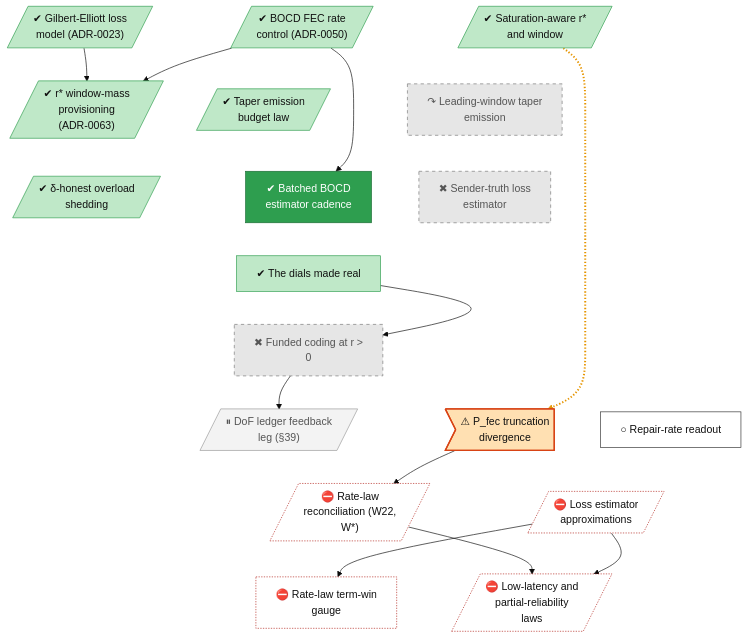
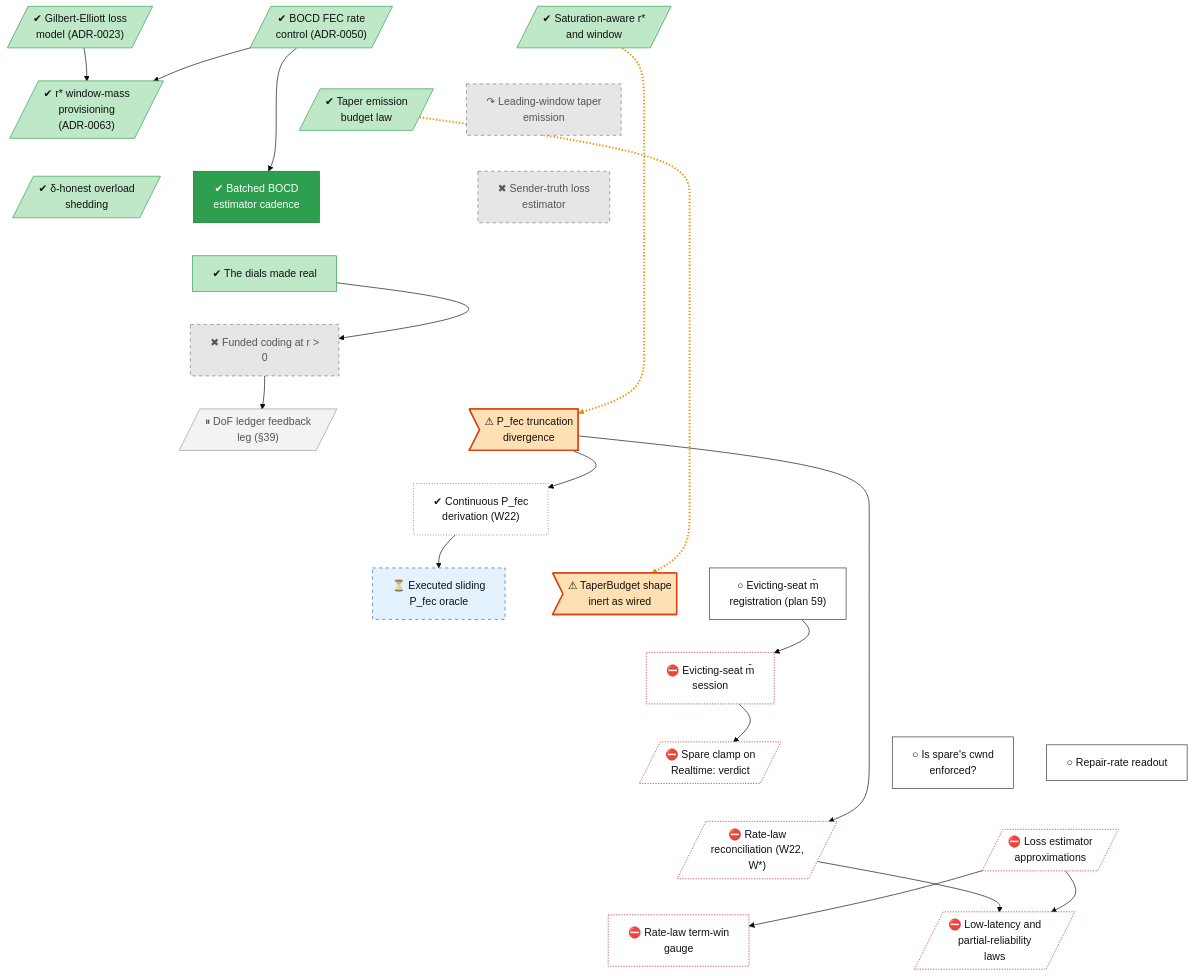
Before and after one commit to lhns/raptorpath: the diagram in docs/roadmap/tracks/rate.md, drawn with Mermaid (base theme). The commit also changed other lines of this file and 14 other files, not shown here.

First line of the commit message:
roadmap: §58-§60 up to date; family nodes split per experiment

````diff
--- a/docs/roadmap/tracks/rate.md
+++ b/docs/roadmap/tracks/rate.md
@@ -22,6 +22,13 @@
     rate_r_battery["✖ Funded coding at r #gt;<br/>0"]
     rate_dof_ledger[/"⏸ DoF ledger feedback<br/>leg (#167;39)"/]
     rate_defect_pfec>"⚠ P_fec truncation<br/>divergence"]
+    rate_pfec_continuous["✔ Continuous P_fec<br/>derivation (W22)"]
+    rate_pfec_oracle["⏳ Executed sliding<br/>P_fec oracle"]
+    rate_defect_taper_inert>"⚠ TaperBudget shape<br/>inert as wired"]
+    rate_evict_registration["○ Evicting-seat m̄<br/>registration (plan 59)"]
+    rate_evict_session["⛔ Evicting-seat m̄<br/>session"]
+    rate_spare_clamp_verdict[/"⛔ Spare clamp on<br/>Realtime: verdict"/]
+    rate_spare_cwnd["○ Is spare's cwnd<br/>enforced?"]
     rate_fix_rate_readout["○ Repair-rate readout"]
     rate_law_reconcile[/"⛔ Rate-law<br/>reconciliation (W22,<br/>W*)"/]
     rate_fix_estimators[/"⛔ Loss estimator<br/>approximations"/]
@@ -39,23 +46,38 @@
     rate_dials_made_real ~~~ rate_r_battery
     rate_r_battery ~~~ rate_dof_ledger
     rate_r_battery ~~~ rate_defect_pfec
-    rate_r_battery ~~~ rate_fix_rate_readout
-    rate_dof_ledger ~~~ rate_law_reconcile
-    rate_defect_pfec ~~~ rate_fix_estimators
+    rate_dof_ledger ~~~ rate_pfec_continuous
+    rate_defect_pfec ~~~ rate_pfec_continuous
+    rate_pfec_continuous ~~~ rate_pfec_oracle
+    rate_pfec_continuous ~~~ rate_defect_taper_inert
+    rate_pfec_continuous ~~~ rate_evict_registration
+    rate_pfec_oracle ~~~ rate_evict_session
+    rate_defect_taper_inert ~~~ rate_evict_session
+    rate_evict_registration ~~~ rate_evict_session
+    rate_evict_session ~~~ rate_spare_clamp_verdict
+    rate_evict_session ~~~ rate_spare_cwnd
+    rate_evict_session ~~~ rate_fix_rate_readout
+    rate_spare_clamp_verdict ~~~ rate_law_reconcile
+    rate_spare_cwnd ~~~ rate_fix_estimators
     rate_fix_rate_readout ~~~ rate_fix_estimators
     rate_law_reconcile ~~~ rate_fix_term_gauge
     rate_fix_estimators ~~~ rate_fix_rho_realtime
     rate_saturation_rstar -.-> rate_defect_pfec
     rate_ge_hmm --> rate_rstar_window_mass
     rate_fec_rate_v1 --> rate_rstar_window_mass
+    rate_taper_r -.-> rate_defect_taper_inert
     rate_fec_rate_v1 --> rate_est_cadence
     rate_dials_made_real --> rate_r_battery
     rate_r_battery --> rate_dof_ledger
+    rate_defect_pfec --> rate_pfec_continuous
+    rate_pfec_continuous --> rate_pfec_oracle
+    rate_evict_registration --> rate_evict_session
+    rate_evict_session --> rate_spare_clamp_verdict
     rate_defect_pfec --> rate_law_reconcile
     rate_fix_estimators --> rate_fix_term_gauge
     rate_law_reconcile --> rate_fix_rho_realtime
     rate_fix_estimators --> rate_fix_rho_realtime
-    linkStyle 18 stroke:#e69500,stroke-width:3px,stroke-dasharray:2 3
+    linkStyle 28,31 stroke:#e69500,stroke-width:3px,stroke-dasharray:2 3
     classDef vsucc fill:#2e9e4f,stroke:#1b6b34,color:#fff
     classDef succ fill:#bfe8c8,stroke:#2e9e4f,color:#111
     classDef mixed fill:#ffd37a,stroke:#c98a00,color:#111
@@ -73,7 +95,9 @@
     class rate_leading_taper,rate_sender_truth_loss,rate_r_battery dead
     class rate_est_cadence vsucc
     class rate_dof_ledger parked
-    class rate_defect_pfec defect
-    class rate_fix_rate_readout next
-    class rate_law_reconcile,rate_fix_estimators,rate_fix_term_gauge,rate_fix_rho_realtime blocked
+    class rate_defect_pfec,rate_defect_taper_inert defect
+    class rate_pfec_continuous unrated
+    class rate_pfec_oracle waiting
+    class rate_evict_registration,rate_spare_cwnd,rate_fix_rate_readout next
+    class rate_evict_session,rate_spare_clamp_verdict,rate_law_reconcile,rate_fix_estimators,rate_fix_term_gauge,rate_fix_rho_realtime blocked
 ```
````
